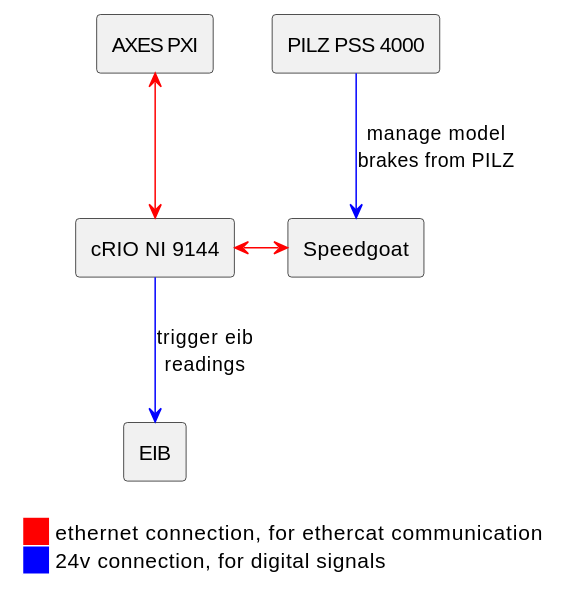
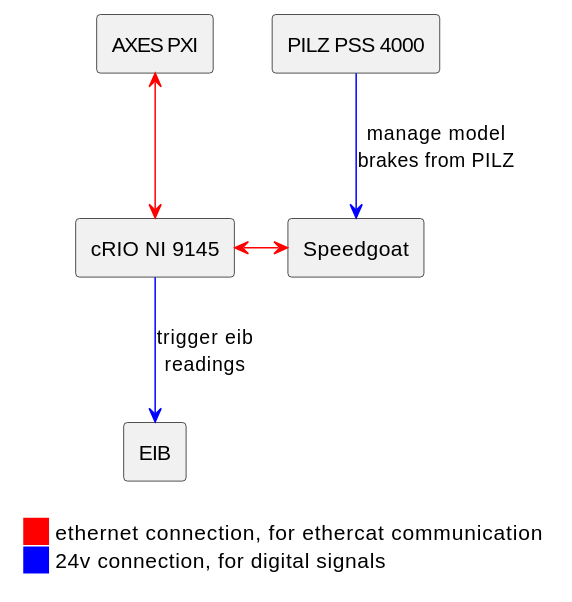
Before and after one commit to lsst-ts/ts_tma: the eighth of 8 diagrams in docs/ats_tekniker/ATS_HardwareDesign.md, drawn with PlantUML. The commit also changed other lines of this file, not shown here.

Commit message:
chore: update documentation to the cRIO 9145

````diff
--- a/docs/ats_tekniker/ATS_HardwareDesign.md
+++ b/docs/ats_tekniker/ATS_HardwareDesign.md
@@ -358,29 +358,29 @@
 ```plantuml
 @startuml
 rectangle axes_pxi as "AXES PXI"
-rectangle crio as "cRIO NI 9144"
+rectangle crio as "cRIO NI 9145"
 rectangle Speedgoat
 rectangle EIB
 rectangle PILZ as "PILZ PSS 4000"
 
 axes_pxi <--> crio #red
 crio <-> Speedgoat #red
 
 crio --> EIB #blue :trigger eib\nreadings
 PILZ --> Speedgoat #blue : manage model\nbrakes from PILZ
 
 ' set legend to have a white background
 skinparam legendBackgroundColor #FFFFFF
 ' remove box around legend
 skinparam legendBorderColor #FFFFFF
 ' remove the lines between the legend items
 skinparam legendEntrySeparator #FFFFFF
 
 legend right
 '   the <#FFFFFF,#FFFFFF> sets the background color of the legend to white
     <#FFFFFF,#FFFFFF>|<#red>| ethernet connection, for ethercat communication |
     ' the space between the | and <#blue> is important to make the color column wider
     |<#blue>     | 24v connection, for digital signals |
 endlegend
 @enduml
 ```
````
